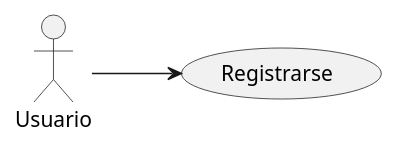
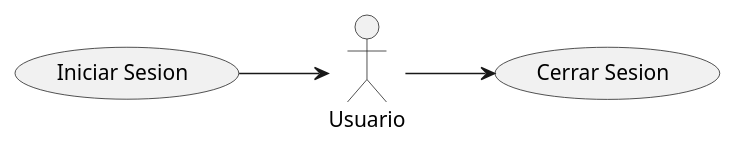
One commit to the-HaMo/PDS-proyect changed the diagram in info/Desarrollo-Caso3.md. Above: the diagram before and after it, drawn with PlantUML. The commit also changed other lines of this file, not shown here.

```diff
--- a/info/Desarrollo-Caso3.md
+++ b/info/Desarrollo-Caso3.md
@@ -5,4 +5,6 @@
 @startuml
 left to right direction
-:Usuario: --> (Registrarse)
+actor Usuario
+(Iniciar Sesion) --> Usuario
+Usuario --> (Cerrar Sesion)
 @enduml
```
